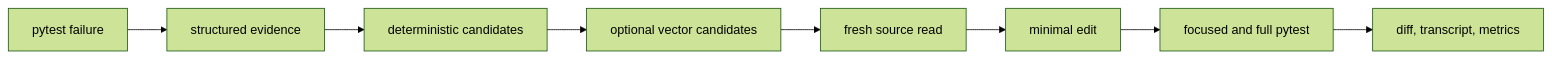
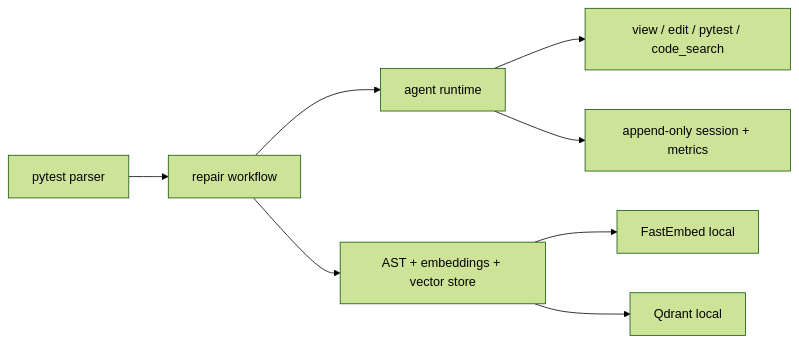
One commit to godkunzzz3/PytestPilot changed the diagram in README.md. Above: the diagram before and after it, drawn with Mermaid (forest theme). The commit also changed other lines of this file and 1 other file, not shown here.

Commit message:
docs: polish PytestPilot release presentation

````diff
--- a/README.md
+++ b/README.md
@@ -242,10 +142,10 @@
 ```mermaid
 flowchart LR
-    A["pytest failure"] --> B["structured evidence"]
-    B --> C["deterministic candidates"]
-    C --> D["optional vector candidates"]
-    D --> E["fresh source read"]
-    E --> F["minimal edit"]
-    F --> G["focused and full pytest"]
-    G --> H["diff, transcript, metrics"]
+    CI["pytest parser"] --> Workflow["repair workflow"]
+    Workflow --> Runtime["agent runtime"]
+    Workflow --> Retrieval["AST + embeddings + vector store"]
+    Runtime --> Tools["view / edit / pytest / code_search"]
+    Runtime --> Session["append-only session + metrics"]
+    Retrieval --> FastEmbed["FastEmbed local"]
+    Retrieval --> Qdrant["Qdrant local"]
 ```
````
